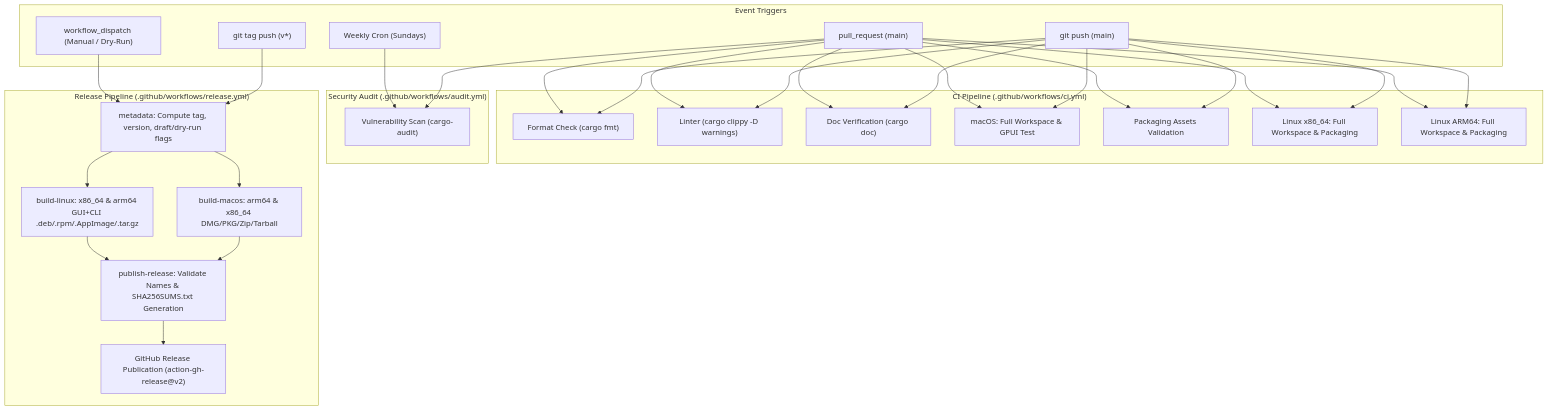
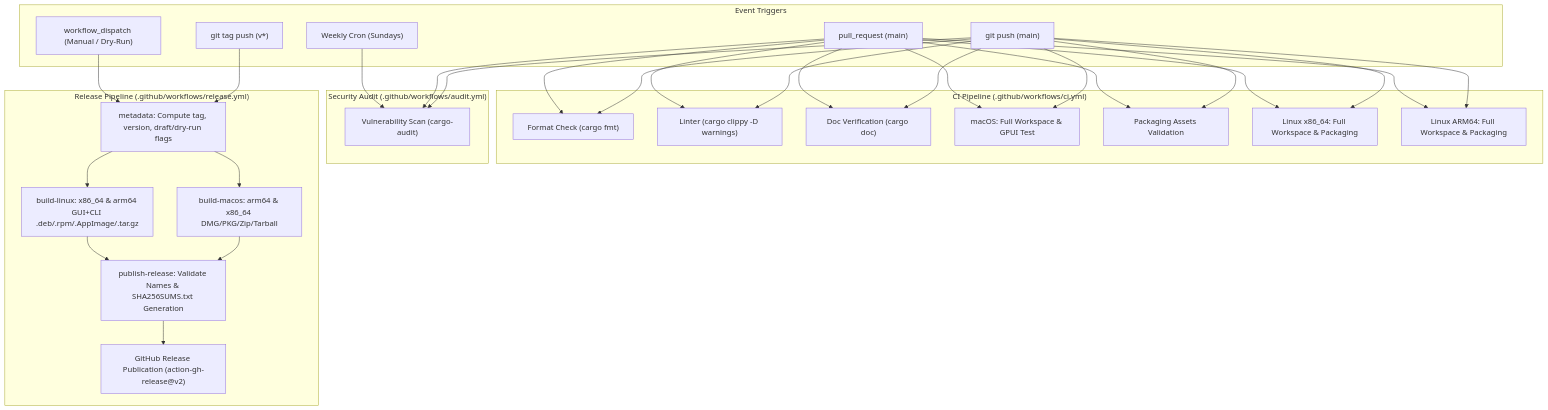
One commit to itsarian/ferrite changed the diagram in docs/CI_CD.md. Above: the diagram before and after it, drawn with Mermaid. The commit also changed other lines of this file and 59 other files, not shown here.

````diff
--- a/docs/CI_CD.md
+++ b/docs/CI_CD.md
@@ -44,41 +44,40 @@
 ```mermaid
 flowchart TD
     subgraph Triggers ["Event Triggers"]
         P["git push (main)"]
         PR["pull_request (main)"]
         T["git tag push (v*)"]
         CRON["Weekly Cron (Sundays)"]
         WD["workflow_dispatch (Manual / Dry-Run)"]
     end
 
     subgraph CI ["CI Pipeline (.github/workflows/ci.yml)"]
         FMT["Format Check (cargo fmt)"]
         CLIPPY["Linter (cargo clippy -D warnings)"]
         DOC["Doc Verification (cargo doc)"]
         MAC_TEST["macOS: Full Workspace & GPUI Test"]
         PKG_CHECK["Packaging Assets Validation"]
         LNX_X64_TEST["Linux x86_64: Full Workspace & Packaging"]
         LNX_ARM_TEST["Linux ARM64: Full Workspace & Packaging"]
     end
 
     subgraph Audit ["Security Audit (.github/workflows/audit.yml)"]
         SEC["Vulnerability Scan (cargo-audit)"]
     end
 
     subgraph Release ["Release Pipeline (.github/workflows/release.yml)"]
         META["metadata: Compute tag, version, draft/dry-run flags"]
         REL_MAC["build-macos: arm64 & x86_64 DMG/PKG/Zip/Tarball"]
         REL_LNX["build-linux: x86_64 & arm64 GUI+CLI .deb/.rpm/.AppImage/.tar.gz"]
         SUMS["publish-release: Validate Names & SHA256SUMS.txt Generation"]
         GH_REL["GitHub Release Publication (action-gh-release@v2)"]
     end
 
-    P --> FMT & CLIPPY & DOC & MAC_TEST & LNX_X64_TEST & LNX_ARM_TEST & PKG_CHECK
-    PR --> FMT & CLIPPY & DOC & MAC_TEST & LNX_X64_TEST & LNX_ARM_TEST & PKG_CHECK
-    PR --> SEC
+    P --> FMT & CLIPPY & DOC & MAC_TEST & LNX_X64_TEST & LNX_ARM_TEST & PKG_CHECK & SEC
+    PR --> FMT & CLIPPY & DOC & MAC_TEST & LNX_X64_TEST & LNX_ARM_TEST & PKG_CHECK & SEC
     CRON --> SEC
     T --> META
     WD --> META
     META --> REL_MAC & REL_LNX
     REL_MAC & REL_LNX --> SUMS --> GH_REL
 ```
````
